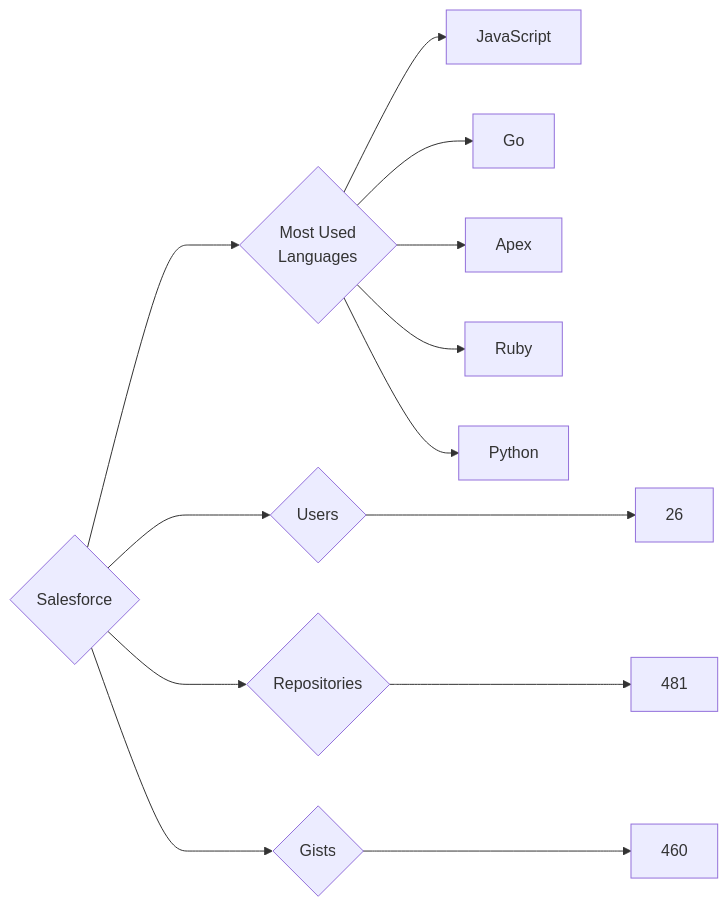
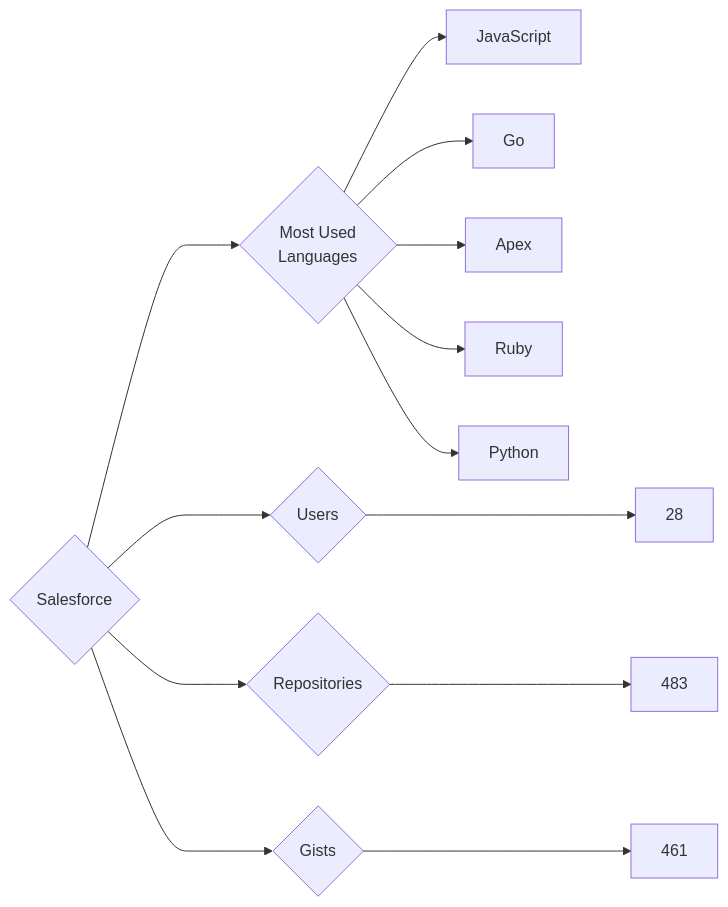
The diagram in targets/Salesforce/README.md (trickest/insiders), drawn with Mermaid before and after one commit. The commit also changed 677 other files, not shown here.

````diff
--- a/targets/Salesforce/README.md
+++ b/targets/Salesforce/README.md
@@ -3,13 +3,13 @@
 ```mermaid
 graph LR
 COMPANY_NAME{Salesforce}
-COMPANY_NAME ---> U{Users} ---> UN[26]
-COMPANY_NAME ---> R{Repositories} ---> RN[481]
-COMPANY_NAME ---> G{Gists} ---> GN[460]
+COMPANY_NAME ---> U{Users} ---> UN[28]
+COMPANY_NAME ---> R{Repositories} ---> RN[483]
+COMPANY_NAME ---> G{Gists} ---> GN[461]
 COMPANY_NAME ---> ML{Most Used<br>Languages}
 ML --> JavaScript[JavaScript]
 ML --> Go[Go]
 ML --> Apex[Apex]
 ML --> Ruby[Ruby]
 ML --> Python[Python]
 ```
````
